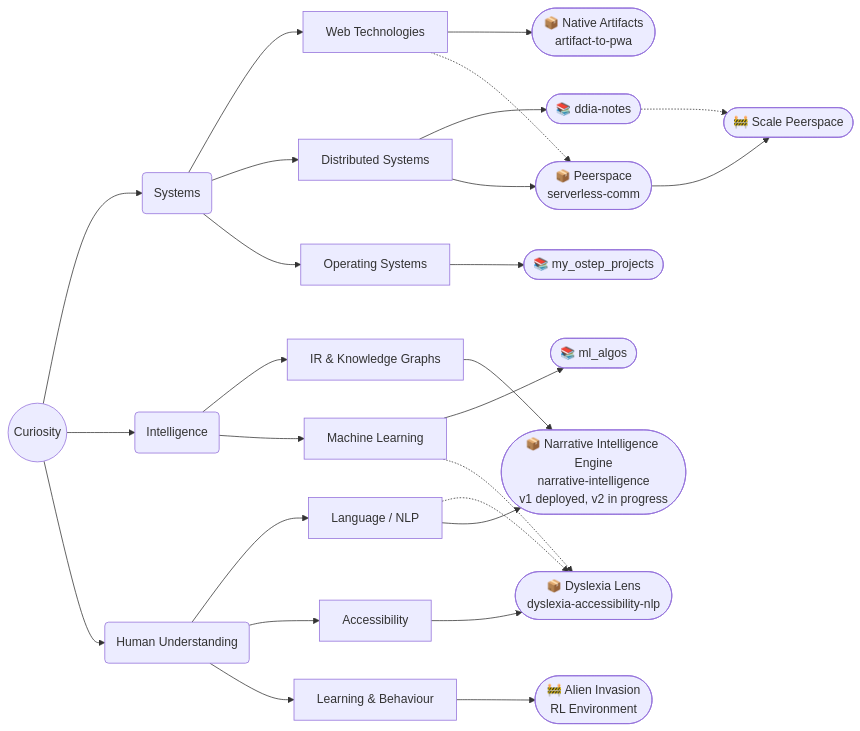
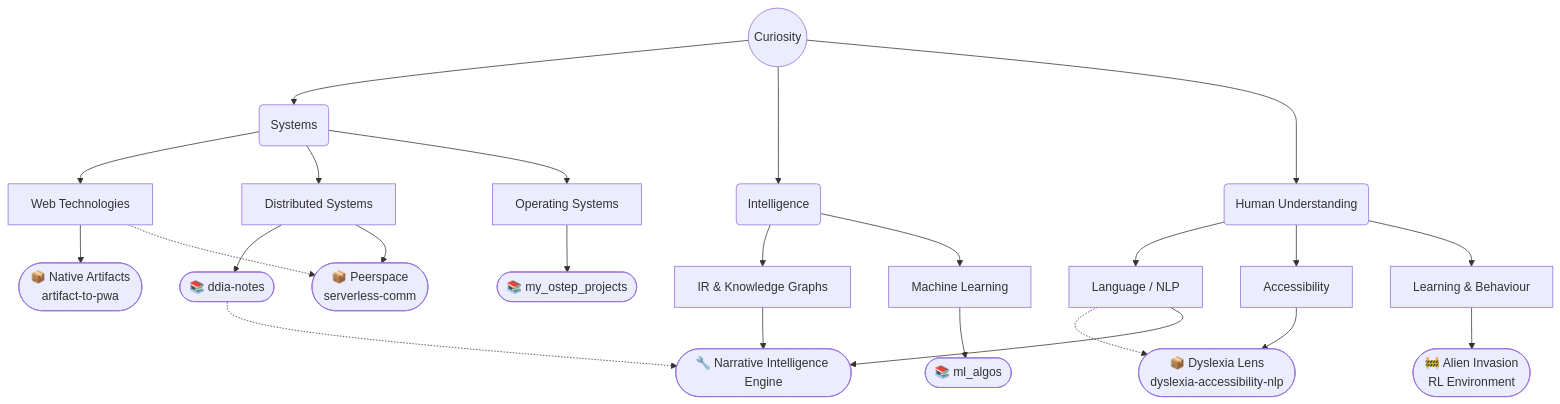
The diagram in README.md (Baaqar-007/Baaqar-007), drawn with Mermaid before and after one commit.

Commit message:
Modify flowchart direction and clean up comments
Updated flowchart direction and removed some comments.

````diff
--- a/README.md
+++ b/README.md
@@ -5,47 +5,36 @@
 ```mermaid
-flowchart LR
-    %% Root Idea
+flowchart TD
     ME((Curiosity))
-
-    %% The 3 Core Pillars
+ 
     ME --> SYS(Systems)
     ME --> INT(Intelligence)
     ME --> HUM(Human Understanding)
-
-    %% Sub-Domains
+ 
     SYS --> WEB[Web Technologies]
     SYS --> DIST[Distributed Systems]
     SYS --> OS[Operating Systems]
-
+ 
     INT --> IR[IR & Knowledge Graphs]
     INT --> ML[Machine Learning]
-
+ 
     HUM --> NLP[Language / NLP]
     HUM --> ACC[Accessibility]
     HUM --> RL[Learning & Behaviour]
-
-    %% Learning Repositories
-    DIST --> DDIA([📚 ddia-notes])
+ 
     OS --> OSTEP([📚 my_ostep_projects])
     ML --> ALGOS([📚 ml_algos])
-
-    %% Applied Projects
+    DIST --> DDIA([📚 ddia-notes])
+ 
     WEB --> ATP([📦 Native Artifacts<br>artifact-to-pwa])
-    
     DIST --> COMM([📦 Peerspace<br>serverless-comm])
     WEB -.-> COMM
-    
+ 
     ACC --> DYS([📦 Dyslexia Lens<br>dyslexia-accessibility-nlp])
     NLP -.-> DYS
-    ML -.-> DYS
-
-    %% Multi-Domain Convergence
-    IR --> NIE([📦 Narrative Intelligence Engine<br>narrative-intelligence<br>v1 deployed, v2 in progress])
+ 
+    IR --> NIE([🔧 Narrative Intelligence Engine])
     NLP --> NIE
-
-    %% Future Scope
-    COMM --> SCALE([🚧 Scale Peerspace])
-    DDIA -.-> SCALE
-    
+    DDIA -.-> NIE
+ 
     RL --> ALIEN([🚧 Alien Invasion<br>RL Environment])
 ```
````
